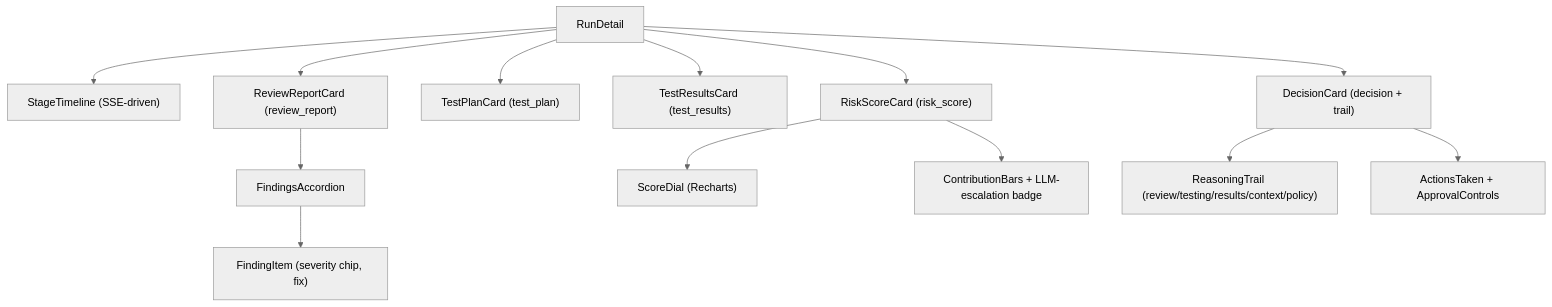
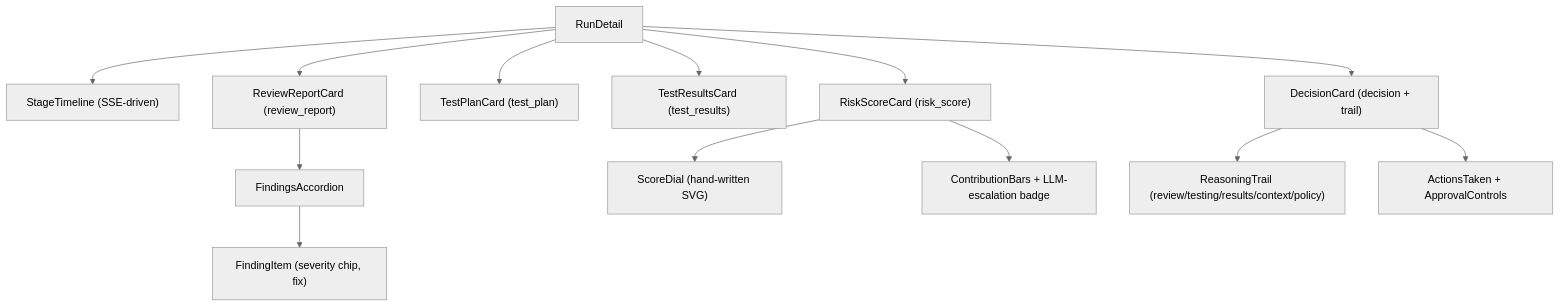
One commit to anandharshit712/Sentinel changed the second of 3 diagrams in docs/solution/06-frontend-design.md. Above: the diagram before and after it, drawn with Mermaid (neutral theme). The commit also changed other lines of this file and 8 other files, not shown here.

````diff
--- a/docs/solution/06-frontend-design.md
+++ b/docs/solution/06-frontend-design.md
@@ -88,15 +92,15 @@
 ```mermaid
 flowchart TD
     RD["RunDetail"] --> ST["StageTimeline (SSE-driven)"]
     RD --> RR["ReviewReportCard (review_report)"]
     RD --> TP["TestPlanCard (test_plan)"]
     RD --> TR["TestResultsCard (test_results)"]
     RD --> RS["RiskScoreCard (risk_score)"]
     RD --> DC["DecisionCard (decision + trail)"]
     RR --> FA["FindingsAccordion"]
     FA --> FI["FindingItem (severity chip, fix)"]
-    RS --> DIAL["ScoreDial (Recharts)"]
+    RS --> DIAL["ScoreDial (hand-written SVG)"]
     RS --> BARS["ContributionBars + LLM-escalation badge"]
     DC --> TRAIL["ReasoningTrail (review/testing/results/context/policy)"]
     DC --> ACT["ActionsTaken + ApprovalControls"]
 ```
````
